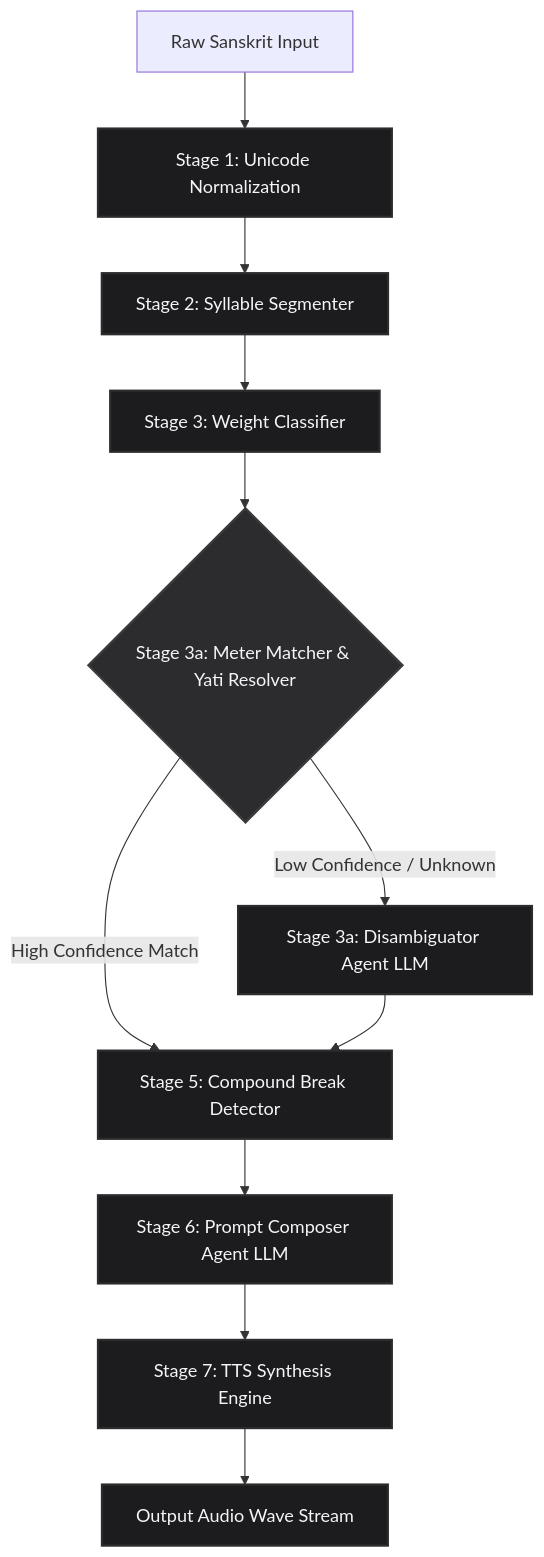
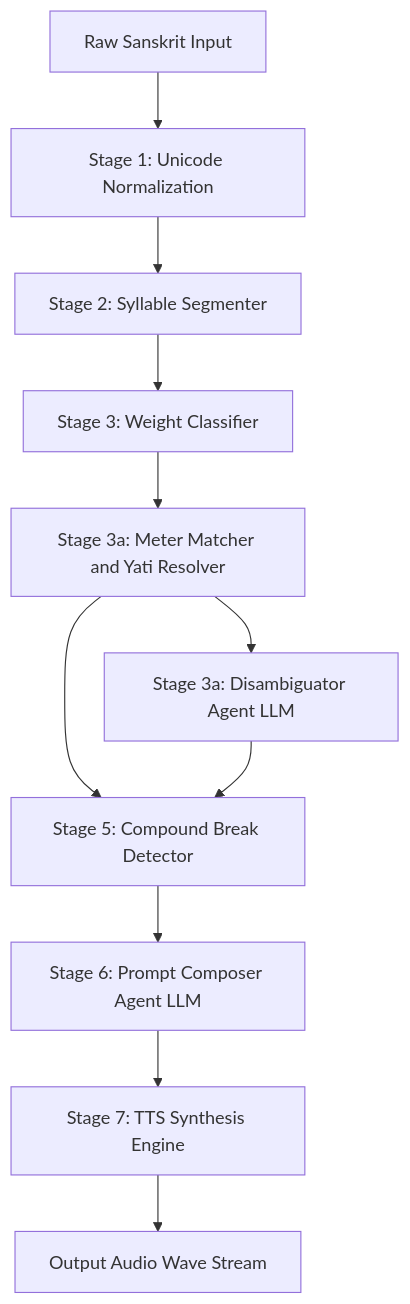
Before and after one commit to NivedKris/CHANT: the diagram in README.md, drawn with Mermaid.

Commit message:
fix: simplify Mermaid diagram syntax to resolve GitHub rendering error

````diff
--- a/README.md
+++ b/README.md
@@ -31,23 +31,13 @@
 ```mermaid
 graph TD
     A[Raw Sanskrit Input] --> B[Stage 1: Unicode Normalization]
     B --> C[Stage 2: Syllable Segmenter]
     C --> D[Stage 3: Weight Classifier]
-    D --> E{Stage 3a: Meter Matcher & Yati Resolver}
-    E -->|High Confidence Match| F[Stage 5: Compound Break Detector]
-    E -->|Low Confidence / Unknown| G[Stage 3a: Disambiguator Agent LLM]
+    D --> E[Stage 3a: Meter Matcher and Yati Resolver]
+    E --> F[Stage 5: Compound Break Detector]
+    E --> G[Stage 3a: Disambiguator Agent LLM]
     G --> F
     F --> H[Stage 6: Prompt Composer Agent LLM]
     H --> I[Stage 7: TTS Synthesis Engine]
     I --> J[Output Audio Wave Stream]
-    
-    style B fill:#1c1c1e,stroke:#2c2c2e,stroke-width:2px,color:#f5f5f7
-    style C fill:#1c1c1e,stroke:#2c2c2e,stroke-width:2px,color:#f5f5f7
-    style D fill:#1c1c1e,stroke:#2c2c2e,stroke-width:2px,color:#f5f5f7
-    style E fill:#2c2c2e,stroke:#3c3c3e,stroke-width:2px,color:#f5f5f7
-    style G fill:#1c1c1e,stroke:#2c2c2e,stroke-width:2px,color:#f5f5f7
-    style F fill:#1c1c1e,stroke:#2c2c2e,stroke-width:2px,color:#f5f5f7
-    style H fill:#1c1c1e,stroke:#2c2c2e,stroke-width:2px,color:#f5f5f7
-    style I fill:#1c1c1e,stroke:#2c2c2e,stroke-width:2px,color:#f5f5f7
-    style J fill:#1c1c1e,stroke:#2c2c2e,stroke-width:2px,color:#f5f5f7
 ```
````
